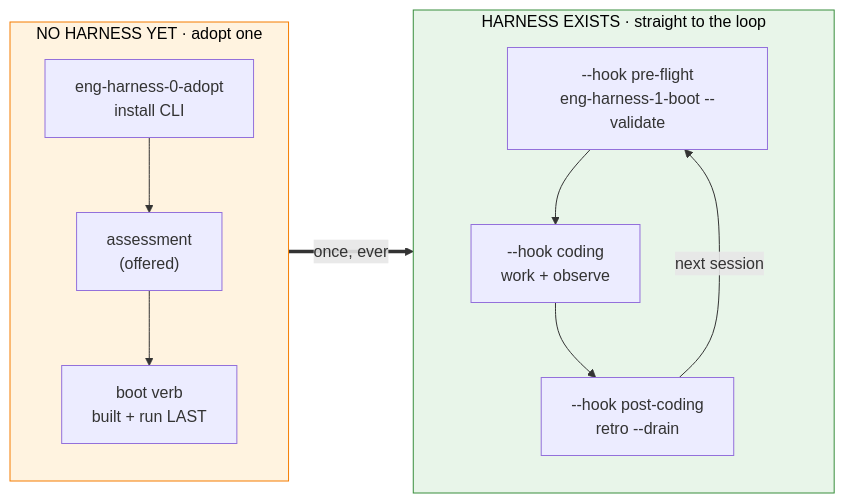
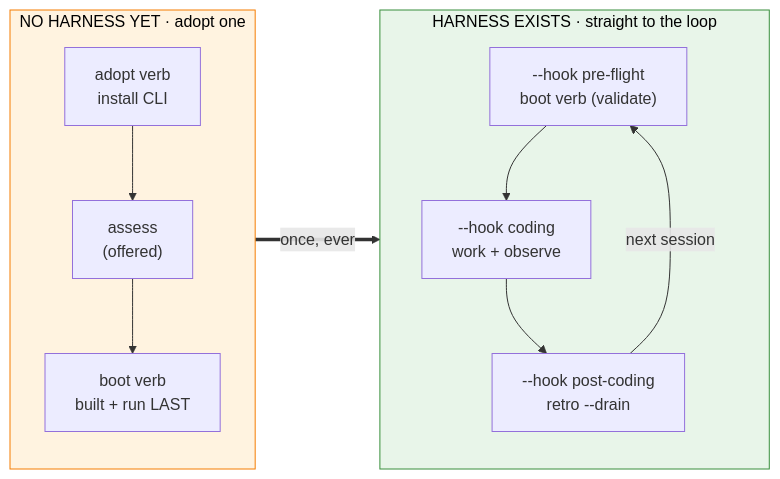
Before and after one commit to AI-Substrate/harness-engineering: the third of 3 diagrams in skills/eng-harness-flow/references/getting-started.md, drawn with Mermaid. The commit also changed other lines of this file and 5 other files, not shown here.

````diff
--- a/skills/eng-harness-flow/references/getting-started.md
+++ b/skills/eng-harness-flow/references/getting-started.md
@@ -121,21 +121,21 @@
 ```mermaid
 flowchart LR
     classDef s fill:#fff3e0,stroke:#f57c00,color:#000
     classDef f fill:#e8f5e9,stroke:#388e3c,color:#000
 
     subgraph fresh["NO HARNESS YET · adopt one"]
         direction TB
-        N1["eng-harness-0-adopt<br/>install CLI"] --> N2["assessment<br/>(offered)"] --> N3["boot verb<br/>built + run LAST"]
+        N1["adopt verb<br/>install CLI"] --> N2["assess<br/>(offered)"] --> N3["boot verb<br/>built + run LAST"]
     end
 
     subgraph existing["HARNESS EXISTS · straight to the loop"]
         direction TB
-        E1["--hook pre-flight<br/>eng-harness-1-boot --validate"] --> E2["--hook coding<br/>work + observe"] --> E3["--hook post-coding<br/>retro --drain"]
+        E1["--hook pre-flight<br/>boot verb (validate)"] --> E2["--hook coding<br/>work + observe"] --> E3["--hook post-coding<br/>retro --drain"]
         E3 -->|next session| E1
     end
 
     fresh ==>|"once, ever"| existing
 
     class fresh s
     class existing f
 ```
````
